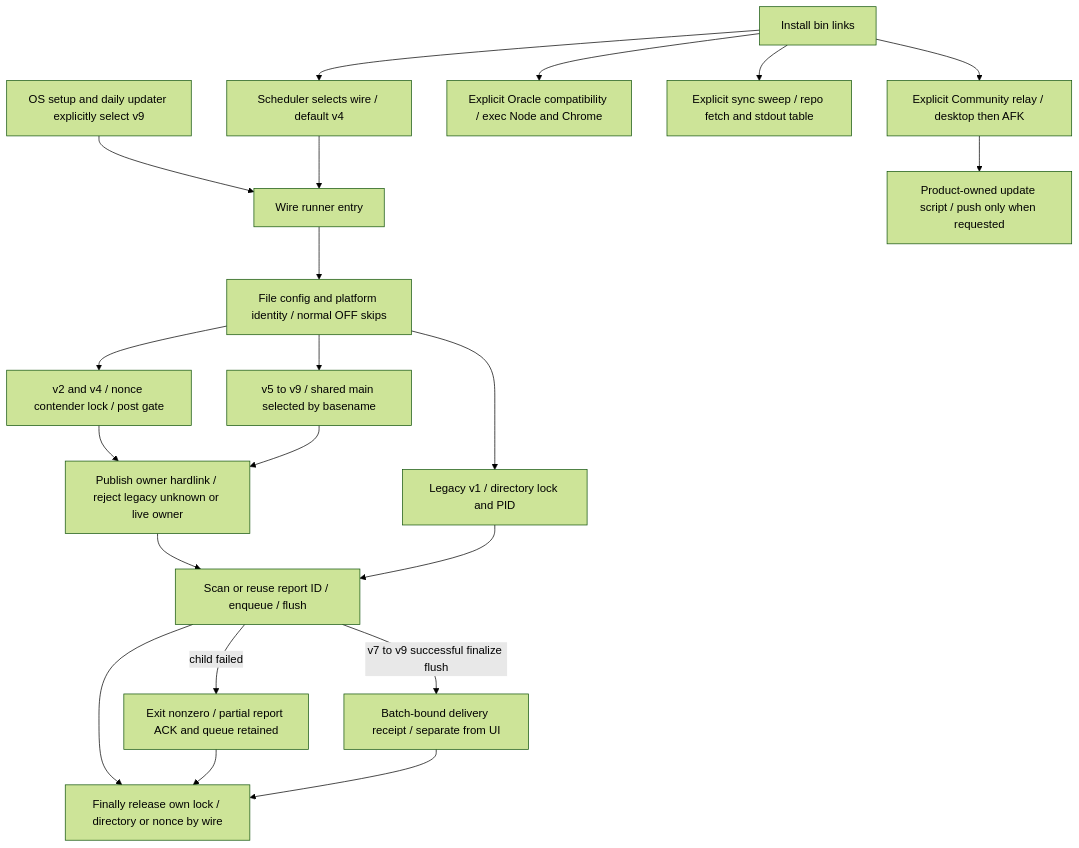
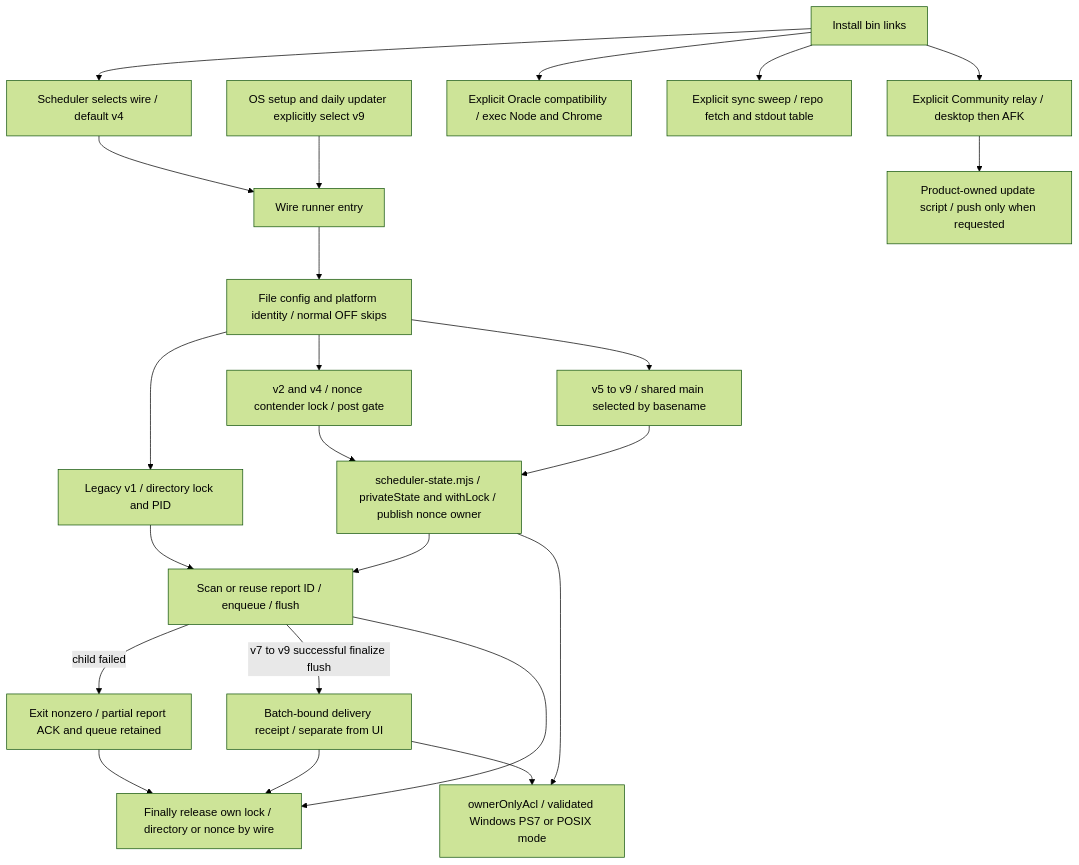
Before and after one commit to kitepon/dotagents: the diagram in docs/feature-map/legacy-runners.mmd, drawn with Mermaid (forest theme). The commit also changed 16 other files, not shown here.

```diff
--- a/docs/feature-map/legacy-runners.mmd
+++ b/docs/feature-map/legacy-runners.mmd
@@ -1,21 +1,23 @@
 flowchart TB
   installer[Install bin links] --> registrar[Scheduler selects wire / default v4]
   setup[OS setup and daily updater explicitly select v9] --> runner[Wire runner entry]
   registrar --> runner
   runner --> config[File config and platform identity / normal OFF skips]
   config --> v1[Legacy v1 / directory lock and PID]
   config --> older[v2 and v4 / nonce contender lock / post gate]
   config --> current[v5 to v9 / shared main selected by basename]
-  older --> owners[Publish owner hardlink / reject legacy unknown or live owner]
+  older --> owners[scheduler-state.mjs / privateState and withLock / publish nonce owner]
   current --> owners
   owners --> task[Scan or reuse report ID / enqueue / flush]
   v1 --> task
   task -- child failed --> retain[Exit nonzero / partial report ACK and queue retained]
   task -- v7 to v9 successful finalize flush --> receipt[Batch-bound delivery receipt / separate from UI]
   task --> release[Finally release own lock / directory or nonce by wire]
   retain --> release
   receipt --> release
   installer --> oracle[Explicit Oracle compatibility / exec Node and Chrome]
   installer --> sweep[Explicit sync sweep / repo fetch and stdout table]
   installer --> overlay[Explicit Community relay / desktop then AFK]
   overlay --> product[Product-owned update script / push only when requested]
+  owners --> acl[ownerOnlyAcl / validated Windows PS7 or POSIX mode]
+  receipt --> acl
```
